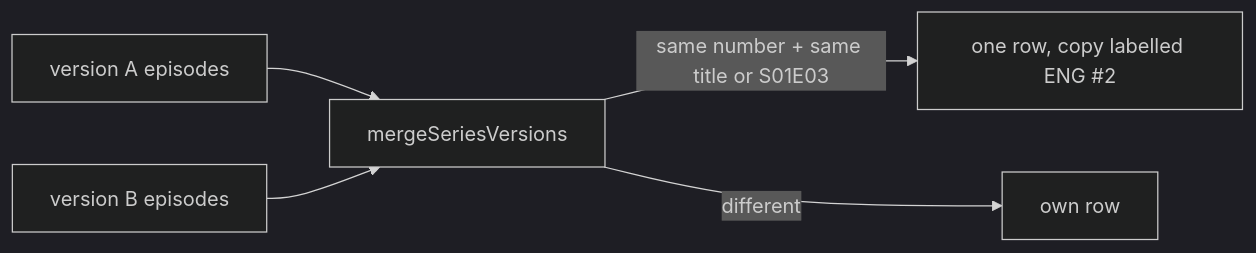
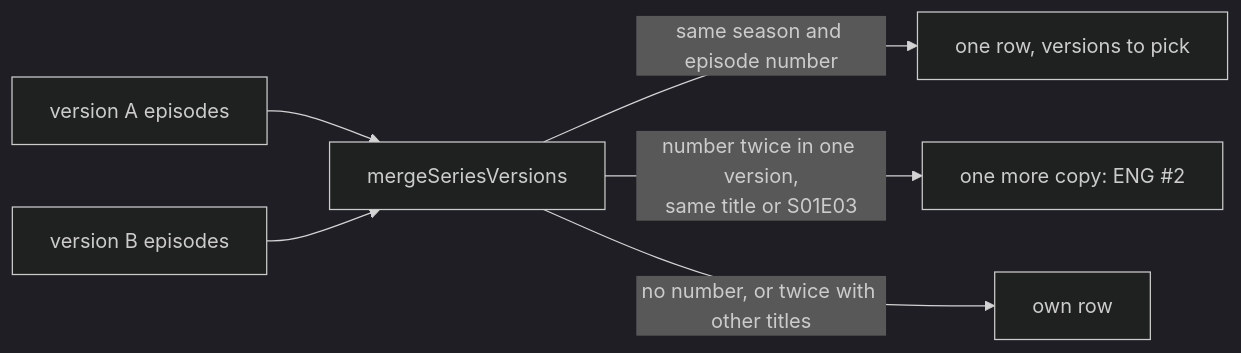
Diagram 19 of 44 in documentation/FEATURES-TECHNICAL.md (brunoccst/iptv-player), drawn with Mermaid (dark theme) before and after one commit. The commit also changed other lines of this file and 1 other file, not shown here.

````diff
--- a/documentation/FEATURES-TECHNICAL.md
+++ b/documentation/FEATURES-TECHNICAL.md
@@ -345,7 +345,8 @@
 ```mermaid
 flowchart LR
   V1[version A episodes] --> M[mergeSeriesVersions]
   V2[version B episodes] --> M
-  M -->|"same number + same title or S01E03"| C["one row, copy labelled ENG #2"]
-  M -->|different| R[own row]
+  M -->|same season and episode number| O[one row, versions to pick]
+  M -->|"number twice in one version,<br/>same title or S01E03"| C["one more copy: ENG #2"]
+  M -->|"no number, or twice with other titles"| R[own row]
 ```
````
